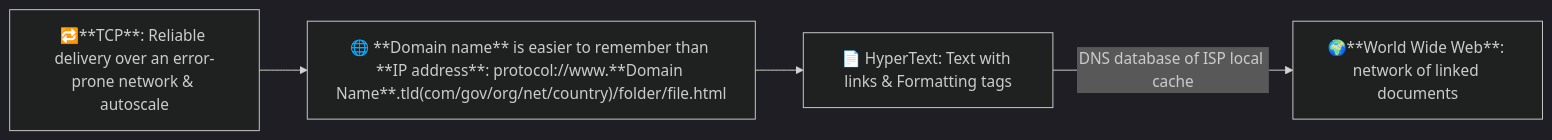
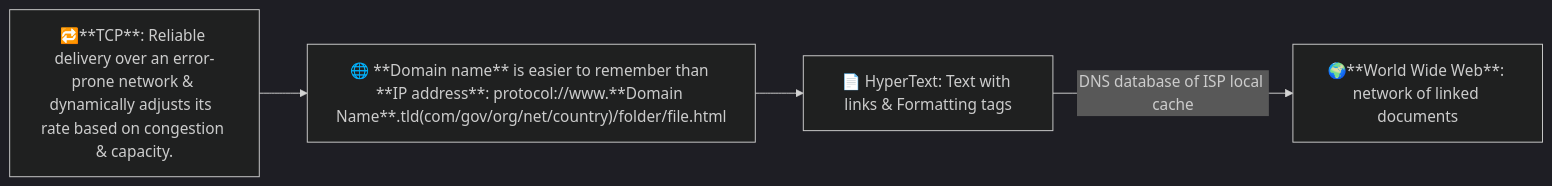
The second of 3 diagrams in docs/appdev-I-theory/week1/1-network-history-TCP.md (24f2007780/app-dev-book), drawn with Mermaid (dark theme) before and after one commit. The commit also changed other lines of this file and 18 other files, not shown here.

````diff
--- a/docs/appdev-I-theory/week1/1-network-history-TCP.md
+++ b/docs/appdev-I-theory/week1/1-network-history-TCP.md
@@ -14,8 +19,8 @@
 ```mermaid
 flowchart LR
-tcp["🔁**TCP**: Reliable delivery over an error-prone network & autoscale"] 
+tcp["🔁**TCP**: Reliable delivery over an error-prone network & dynamically adjusts its  rate based on congestion & capacity."] 
 domain["🌐 **Domain name** is easier to remember than **IP address**: protocol://www.**Domain Name**.tld(com/gov/org/net/country)/folder/file.html"]
 http["📄 HyperText: Text with links & Formatting tags"]
 web["🌍**World Wide Web**: network of linked documents"]
 tcp --> domain --> http --"DNS database of ISP local cache"--> web 
 ```
````
